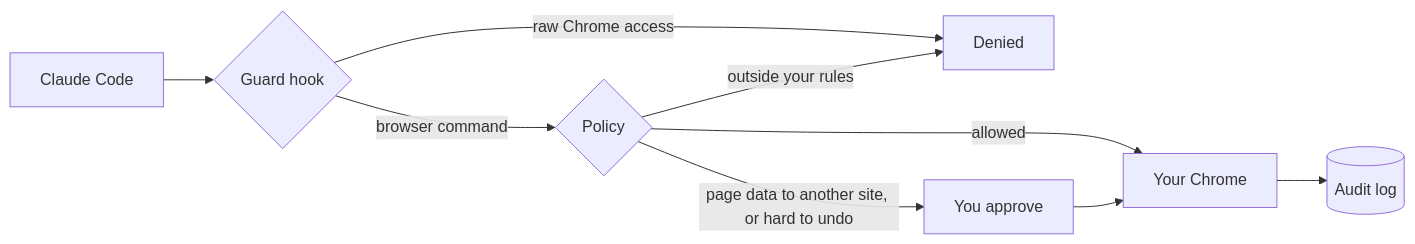
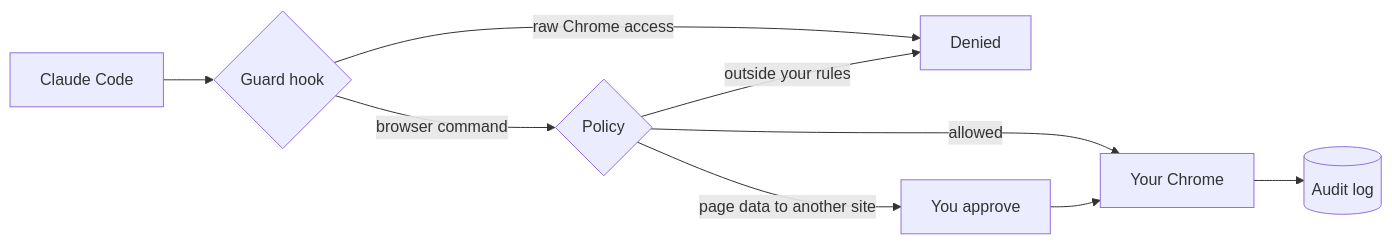
Before and after one commit to tms-vunguyen1/tabsteward: the diagram in README.md, drawn with Mermaid. The commit also changed other lines of this file and 8 other files, not shown here.

First line of the commit message:
Remove the hard-to-undo check (0.11.0)

````diff
--- a/README.md
+++ b/README.md
@@ -82,11 +82,11 @@
 ```mermaid
 flowchart LR
     A[Claude Code] --> B{Guard hook}
     B -- raw Chrome access --> X[Denied]
     B -- browser command --> D{Policy}
     D -- outside your rules --> X
     D -- allowed --> E[Your Chrome]
-    D -- page data to another site, or hard to undo --> C[You approve]
+    D -- page data to another site --> C[You approve]
     C --> E
     E --> F[(Audit log)]
 ```
````
